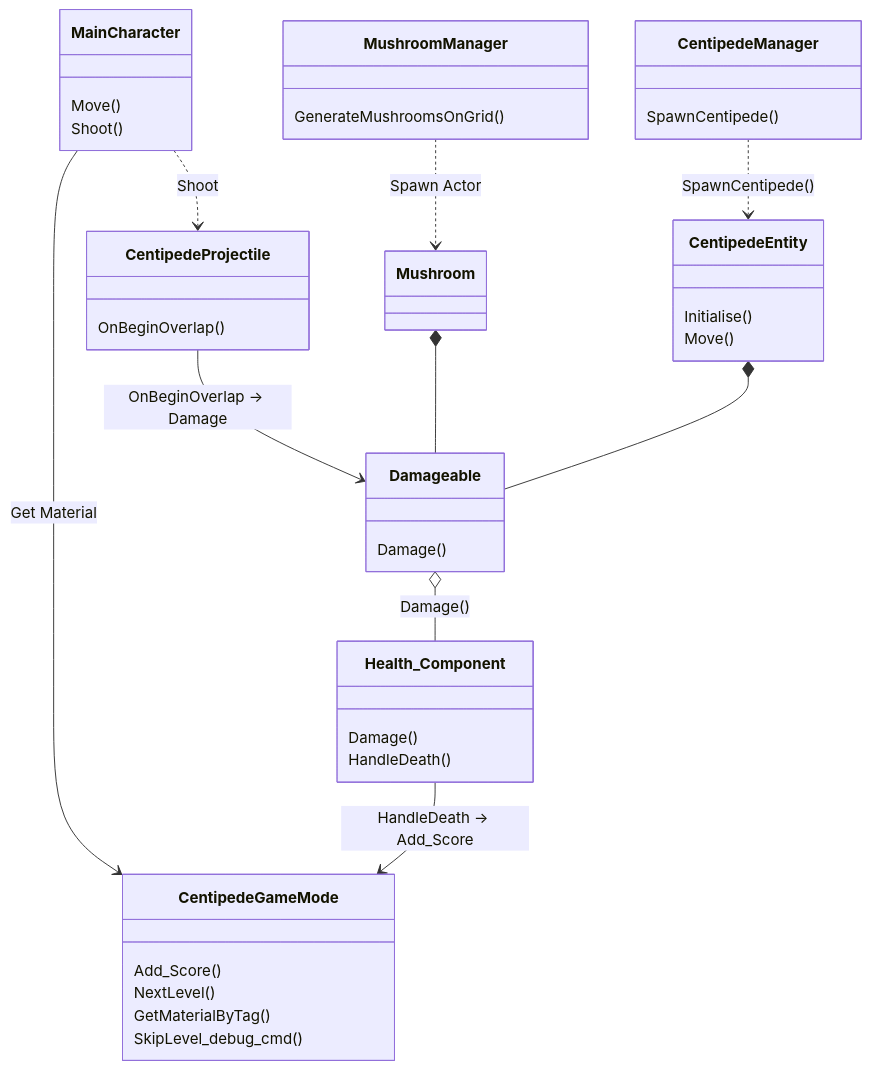
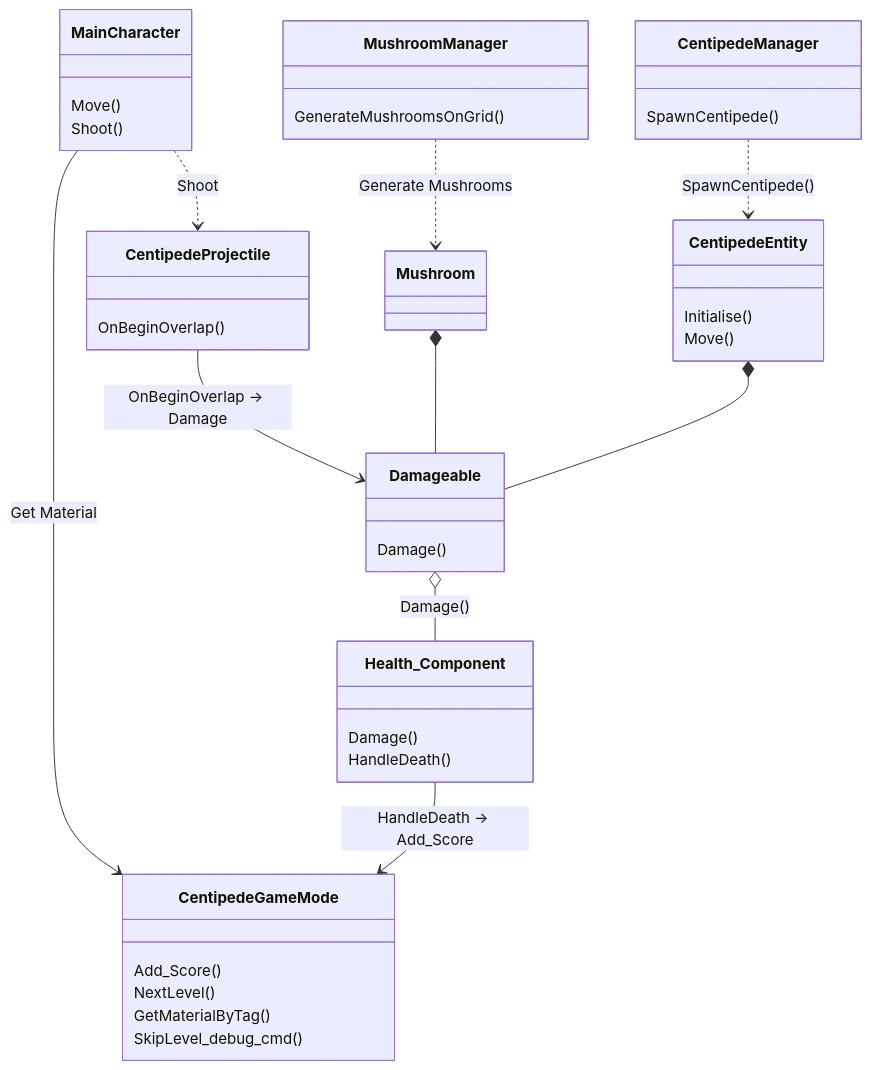
Before and after one commit to MNOJC/Centipede-Atari2600: the diagram in Documents/Diagrams/CentipedeGameArchitecture.md, drawn with Mermaid.

````diff
--- a/Documents/Diagrams/CentipedeGameArchitecture.md
+++ b/Documents/Diagrams/CentipedeGameArchitecture.md
@@ -3,54 +3,54 @@
 ```mermaid
 classDiagram
     class MainCharacter {
         Move()
         Shoot()
     }
 
     class CentipedeProjectile {
         OnBeginOverlap()
     }
 
     class Damageable {
         Damage()
     }
 
     class Health_Component {
         Damage()
         HandleDeath()
     }
 
     class Mushroom {
     }
 
     class MushroomManager {
         GenerateMushroomsOnGrid()
     }
 
     class CentipedeManager {
         SpawnCentipede()
     }
 
     class CentipedeEntity {
         Initialise()
         Move()
     }
 
     class CentipedeGameMode {
         Add_Score()
         NextLevel()
         GetMaterialByTag()
         SkipLevel_debug_cmd()
     }
 
     %% Relationships
     MainCharacter ..> CentipedeProjectile : Shoot
     MainCharacter --> CentipedeGameMode : Get Material
     CentipedeProjectile --> Damageable : OnBeginOverlap → Damage
     Damageable o-- Health_Component : Damage()
     Health_Component --> CentipedeGameMode : HandleDeath → Add_Score
     Mushroom *-- Damageable
     CentipedeEntity *-- Damageable
-    MushroomManager ..> Mushroom : Spawn Actor
+    MushroomManager ..> Mushroom : Generate Mushrooms
     CentipedeManager ..> CentipedeEntity : SpawnCentipede()
 ```
````
